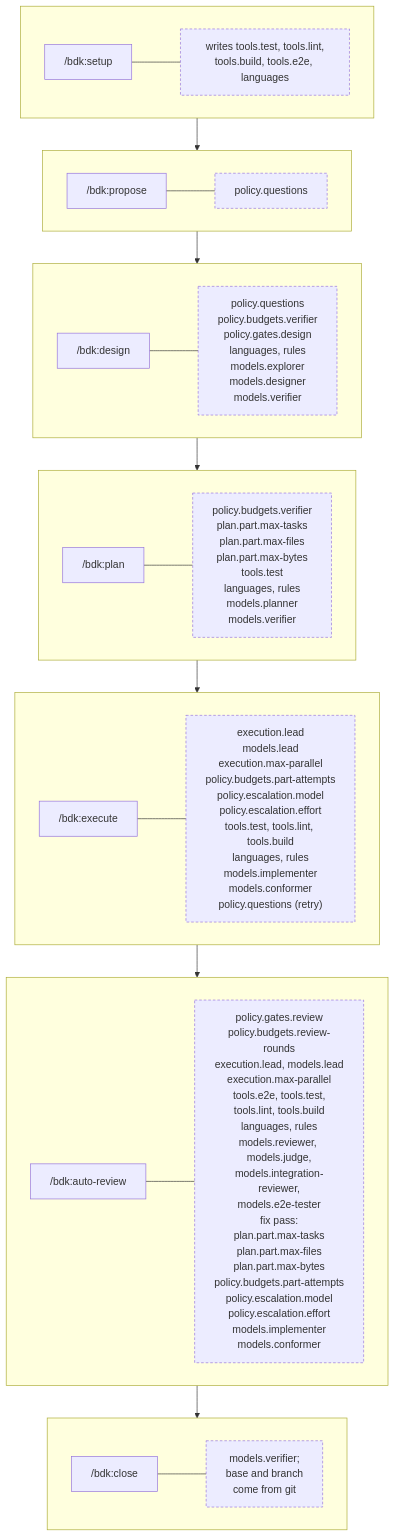
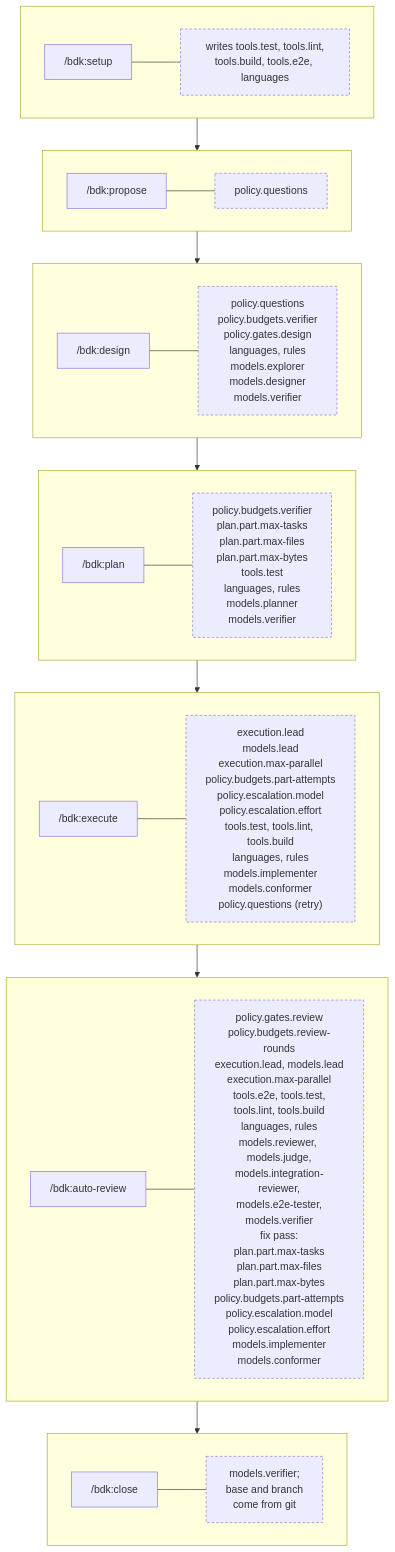
Before and after one commit to broneq/bdk: the fourth of 6 diagrams in docs/concepts/cli-config-hooks.md, drawn with Mermaid. The commit also changed 75 other files, not shown here.

````diff
--- a/docs/concepts/cli-config-hooks.md
+++ b/docs/concepts/cli-config-hooks.md
@@ -91,39 +91,39 @@
 ```mermaid
 flowchart TB
   subgraph R0[" "]
     direction LR
     S0["/bdk:setup"] --- C0["writes tools.test, tools.lint,<br/>tools.build, tools.e2e, languages"]
   end
   subgraph R1[" "]
     direction LR
     S1["/bdk:propose"] --- C1["policy.questions"]
   end
   subgraph R2[" "]
     direction LR
     S2["/bdk:design"] --- C2["policy.questions<br/>policy.budgets.verifier<br/>policy.gates.design<br/>languages, rules<br/>models.explorer<br/>models.designer<br/>models.verifier"]
   end
   subgraph R3[" "]
     direction LR
     S3["/bdk:plan"] --- C3["policy.budgets.verifier<br/>plan.part.max-tasks<br/>plan.part.max-files<br/>plan.part.max-bytes<br/>tools.test<br/>languages, rules<br/>models.planner<br/>models.verifier"]
   end
   subgraph R4[" "]
     direction LR
     S4["/bdk:execute"] --- C4["execution.lead<br/>models.lead<br/>execution.max-parallel<br/>policy.budgets.part-attempts<br/>policy.escalation.model<br/>policy.escalation.effort<br/>tools.test, tools.lint, tools.build<br/>languages, rules<br/>models.implementer<br/>models.conformer<br/>policy.questions (retry)"]
   end
   subgraph R5[" "]
     direction LR
-    S5["/bdk:auto-review"] --- C5["policy.gates.review<br/>policy.budgets.review-rounds<br/>execution.lead, models.lead<br/>execution.max-parallel<br/>tools.e2e, tools.test,<br/>tools.lint, tools.build<br/>languages, rules<br/>models.reviewer, models.judge,<br/>models.integration-reviewer,<br/>models.e2e-tester<br/>fix pass:<br/>plan.part.max-tasks<br/>plan.part.max-files<br/>plan.part.max-bytes<br/>policy.budgets.part-attempts<br/>policy.escalation.model<br/>policy.escalation.effort<br/>models.implementer<br/>models.conformer"]
+    S5["/bdk:auto-review"] --- C5["policy.gates.review<br/>policy.budgets.review-rounds<br/>execution.lead, models.lead<br/>execution.max-parallel<br/>tools.e2e, tools.test,<br/>tools.lint, tools.build<br/>languages, rules<br/>models.reviewer, models.judge,<br/>models.integration-reviewer,<br/>models.e2e-tester,<br/>models.verifier<br/>fix pass:<br/>plan.part.max-tasks<br/>plan.part.max-files<br/>plan.part.max-bytes<br/>policy.budgets.part-attempts<br/>policy.escalation.model<br/>policy.escalation.effort<br/>models.implementer<br/>models.conformer"]
   end
   subgraph R6[" "]
     direction LR
     S6["/bdk:close"] --- C6["models.verifier;<br/>base and branch<br/>come from git"]
   end
   R0 --> R1
   R1 --> R2
   R2 --> R3
   R3 --> R4
   R4 --> R5
   R5 --> R6
   classDef aside stroke-dasharray:4 3
   class C0,C1,C2,C3,C4,C5,C6 aside
 ```
````
